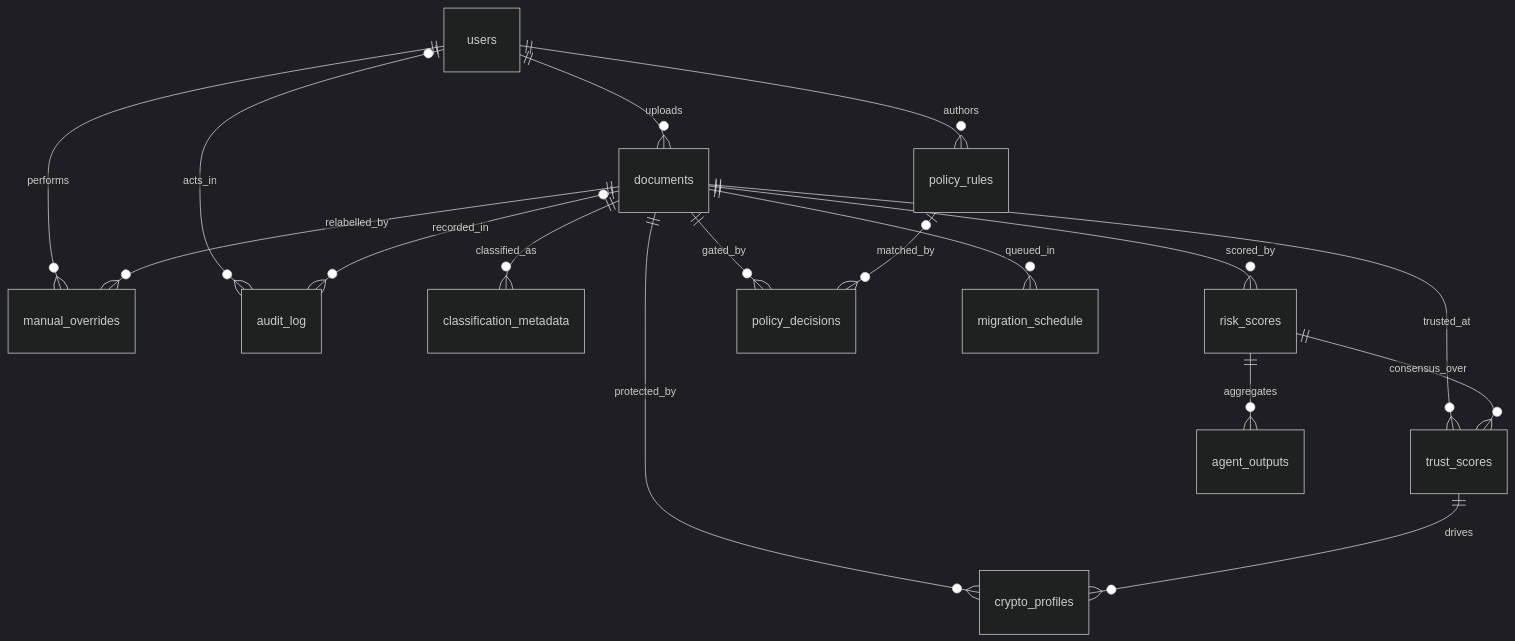
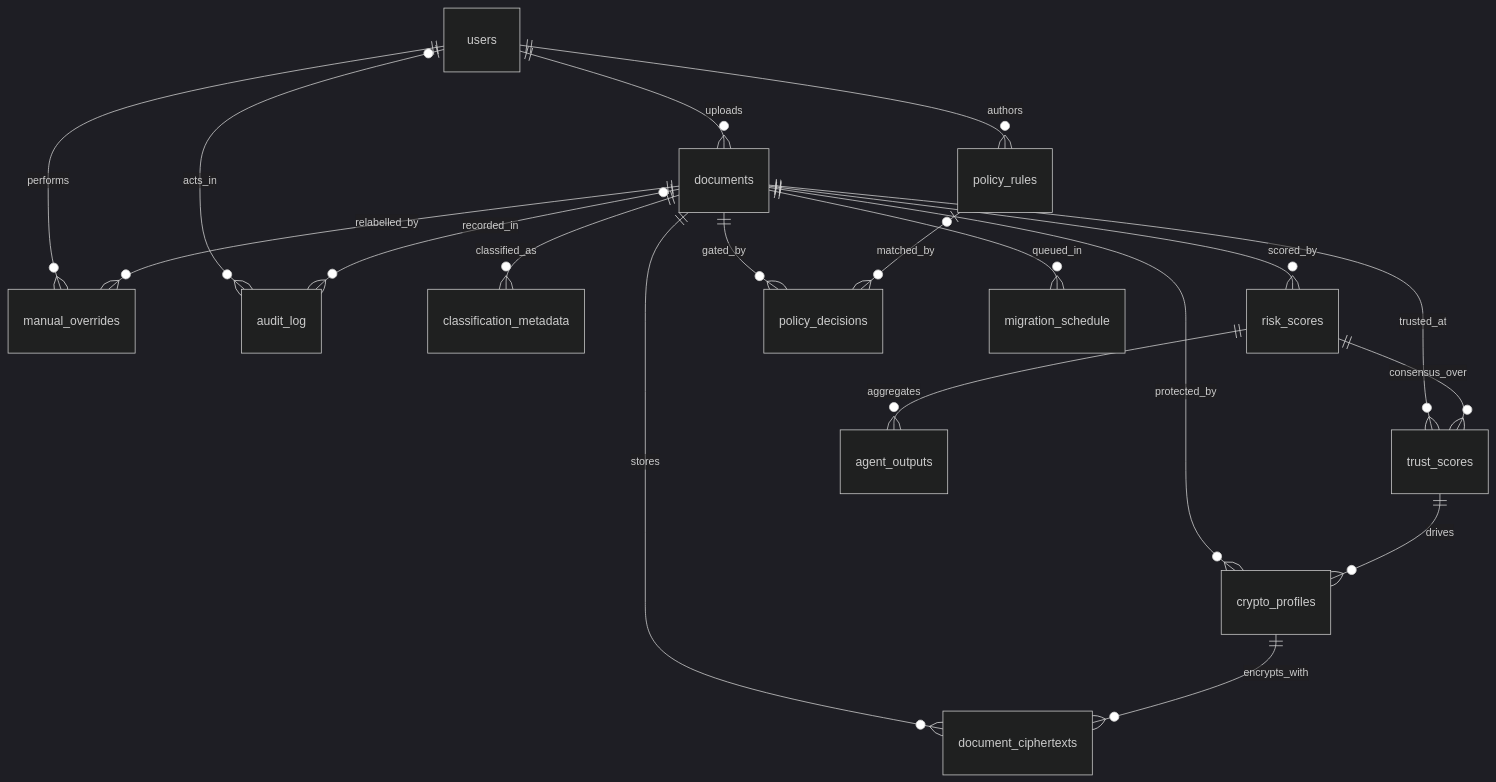
One commit to asapabhii/Q-AEGIS changed the diagram in docs/data-dictionary.md. Above: the diagram before and after it, drawn with Mermaid (dark theme). The commit also changed other lines of this file and 51 other files, not shown here.

````diff
--- a/docs/data-dictionary.md
+++ b/docs/data-dictionary.md
@@ -100,21 +101,23 @@
 ```mermaid
 erDiagram
     users ||--o{ documents : uploads
     users ||--o{ manual_overrides : performs
     users ||--o{ policy_rules : authors
     users |o--o{ audit_log : acts_in
 
     documents ||--o{ classification_metadata : classified_as
     documents ||--o{ manual_overrides : relabelled_by
     documents ||--o{ risk_scores : scored_by
     documents ||--o{ trust_scores : trusted_at
     documents ||--o{ policy_decisions : gated_by
     documents ||--o{ crypto_profiles : protected_by
+    documents ||--o{ document_ciphertexts : stores
     documents ||--o{ migration_schedule : queued_in
     documents |o--o{ audit_log : recorded_in
 
     risk_scores ||--o{ agent_outputs : aggregates
     risk_scores ||--o{ trust_scores : consensus_over
     trust_scores ||--o{ crypto_profiles : drives
+    crypto_profiles ||--o{ document_ciphertexts : encrypts_with
     policy_rules |o--o{ policy_decisions : matched_by
 ```
````
